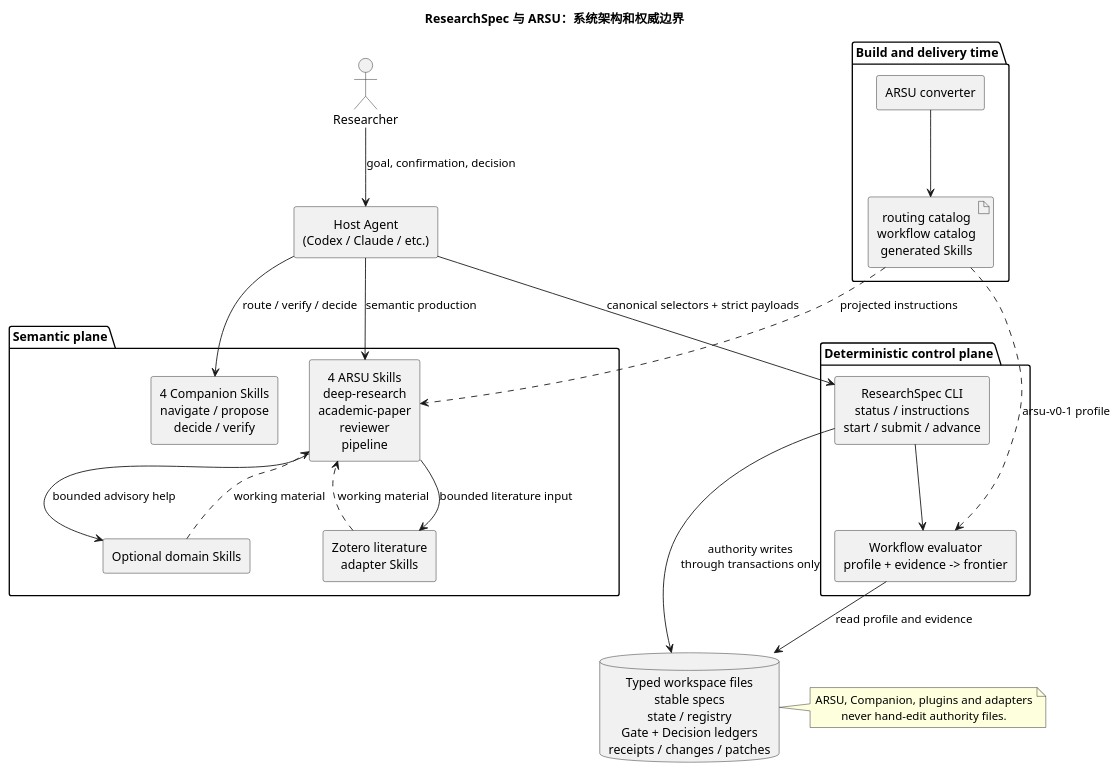
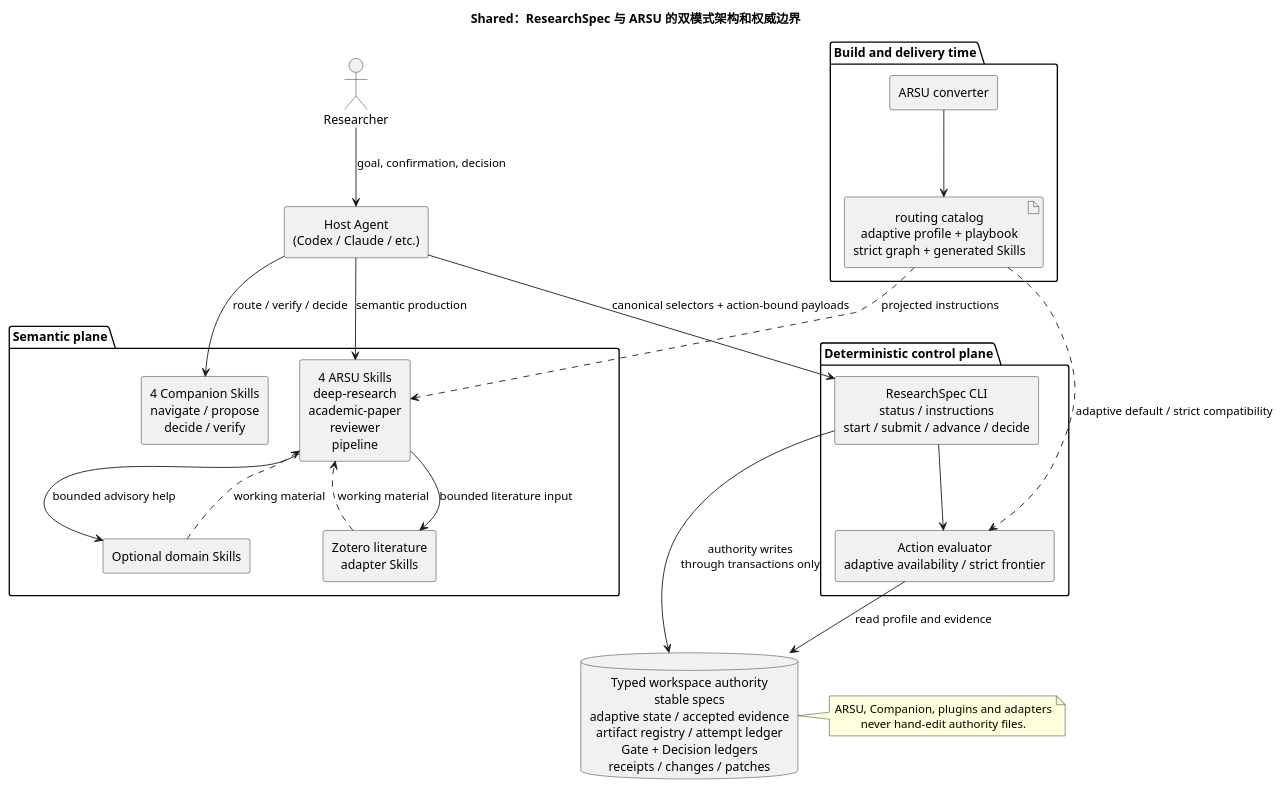
Before and after one commit to leike0813/ResearchSpec: the diagram in docs/researchspec_arsu_runtime/diagrams/src/system-architecture.puml, drawn with PlantUML. The commit also changed 114 other files, not shown here.

```diff
--- a/docs/researchspec_arsu_runtime/diagrams/src/system-architecture.puml
+++ b/docs/researchspec_arsu_runtime/diagrams/src/system-architecture.puml
@@ -1,48 +1,48 @@
 @startuml
-title ResearchSpec 与 ARSU：系统架构和权威边界
+title Shared：ResearchSpec 与 ARSU 的双模式架构和权威边界
 skinparam componentStyle rectangle
 skinparam shadowing false
 skinparam defaultTextAlignment center
 
 actor "Researcher" as User
 rectangle "Host Agent\n(Codex / Claude / etc.)" as Host
 
 package "Semantic plane" {
   component "4 ARSU Skills\ndeep-research\nacademic-paper\nreviewer\npipeline" as ARSU
   component "4 Companion Skills\nnavigate / propose\ndecide / verify" as Companion
   component "Optional domain Skills" as Plugin
   component "Zotero literature\nadapter Skills" as Zotero
 }
 
 package "Deterministic control plane" {
-  component "ResearchSpec CLI\nstatus / instructions\nstart / submit / advance" as CLI
-  component "Workflow evaluator\nprofile + evidence -> frontier" as Eval
+  component "ResearchSpec CLI\nstatus / instructions\nstart / submit / advance / decide" as CLI
+  component "Action evaluator\nadaptive availability / strict frontier" as Eval
 }
 
-database "Typed workspace files\nstable specs\nstate / registry\nGate + Decision ledgers\nreceipts / changes / patches" as Files
+database "Typed workspace authority\nstable specs\nadaptive state / accepted evidence\nartifact registry / attempt ledger\nGate + Decision ledgers\nreceipts / changes / patches" as Files
 
 package "Build and delivery time" {
   component "ARSU converter" as Converter
-  artifact "routing catalog\nworkflow catalog\ngenerated Skills" as Catalog
+  artifact "routing catalog\nadaptive profile + playbook\nstrict graph + generated Skills" as Catalog
 }
 
 User --> Host : goal, confirmation, decision
 Host --> Companion : route / verify / decide
 Host --> ARSU : semantic production
 ARSU --> Plugin : bounded advisory help
 ARSU --> Zotero : bounded literature input
-Host --> CLI : canonical selectors + strict payloads
+Host --> CLI : canonical selectors + action-bound payloads
 CLI --> Eval
 Eval --> Files : read profile and evidence
 CLI --> Files : authority writes\nthrough transactions only
 Plugin ..> ARSU : working material
 Zotero ..> ARSU : working material
 Converter --> Catalog
 Catalog ..> ARSU : projected instructions
-Catalog ..> Eval : arsu-v0-1 profile
+Catalog ..> Eval : adaptive default / strict compatibility
 
 note right of Files
   ARSU, Companion, plugins and adapters
   never hand-edit authority files.
 end note
 @enduml
```
